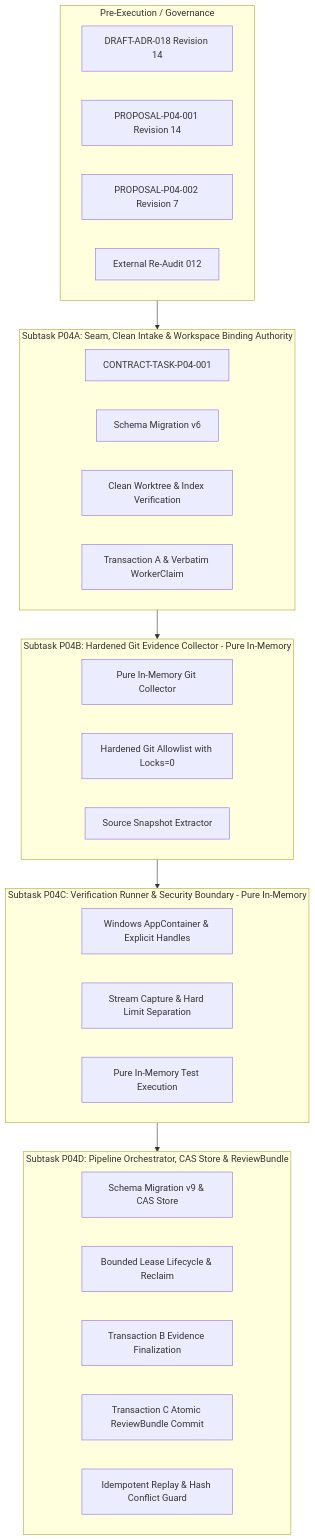
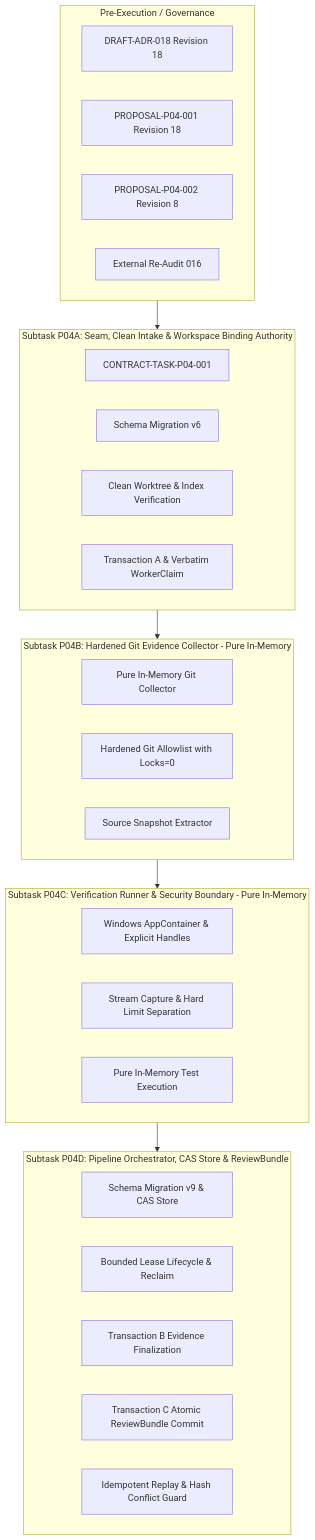
The diagram in docs/plans/PLAN-P04-EVIDENCE-REVIEW.md (trungqwe/ai-supervisor), drawn with Mermaid before and after one commit. The commit also changed other lines of this file and 6 other files, not shown here.

Commit message:
docs(p04): remediate architecture findings R17-001..003 (Revision 18)

````diff
--- a/docs/plans/PLAN-P04-EVIDENCE-REVIEW.md
+++ b/docs/plans/PLAN-P04-EVIDENCE-REVIEW.md
@@ -23,41 +23,41 @@
 ```mermaid
 flowchart TD
     subgraph PreExecution [Pre-Execution / Governance]
-        ADR18[DRAFT-ADR-018 Revision 14]
-        PROP1[PROPOSAL-P04-001 Revision 14]
-        PROP2[PROPOSAL-P04-002 Revision 7]
-        Audit012[External Re-Audit 012]
+        ADR18[DRAFT-ADR-018 Revision 18]
+        PROP1[PROPOSAL-P04-001 Revision 18]
+        PROP2[PROPOSAL-P04-002 Revision 8]
+        Audit016[External Re-Audit 016]
     end
 
     subgraph P04A [Subtask P04A: Seam, Clean Intake & Workspace Binding Authority]
         P04A_Contract[CONTRACT-TASK-P04-001]
         P04A_Mig[Schema Migration v6]
         P04A_Clean[Clean Worktree & Index Verification]
         P04A_Intake[Transaction A & Verbatim WorkerClaim]
     end
 
     subgraph P04B [Subtask P04B: Hardened Git Evidence Collector - Pure In-Memory]
         P04B_Collector[Pure In-Memory Git Collector]
         P04B_Allowlist[Hardened Git Allowlist with Locks=0]
         P04B_Snapshot[Source Snapshot Extractor]
     end
 
     subgraph P04C [Subtask P04C: Verification Runner & Security Boundary - Pure In-Memory]
         P04C_Sandbox[Windows AppContainer & Explicit Handles]
         P04C_Stream[Stream Capture & Hard Limit Separation]
         P04C_Execution[Pure In-Memory Test Execution]
     end
 
     subgraph P04D [Subtask P04D: Pipeline Orchestrator, CAS Store & ReviewBundle]
         P04D_Mig[Schema Migration v9 & CAS Store]
         P04D_Lease[Bounded Lease Lifecycle & Reclaim]
         P04D_TxB[Transaction B Evidence Finalization]
         P04D_TxC[Transaction C Atomic ReviewBundle Commit]
         P04D_Replay[Idempotent Replay & Hash Conflict Guard]
     end
 
     PreExecution --> P04A
     P04A --> P04B
     P04B --> P04C
     P04C --> P04D
 ```
````
